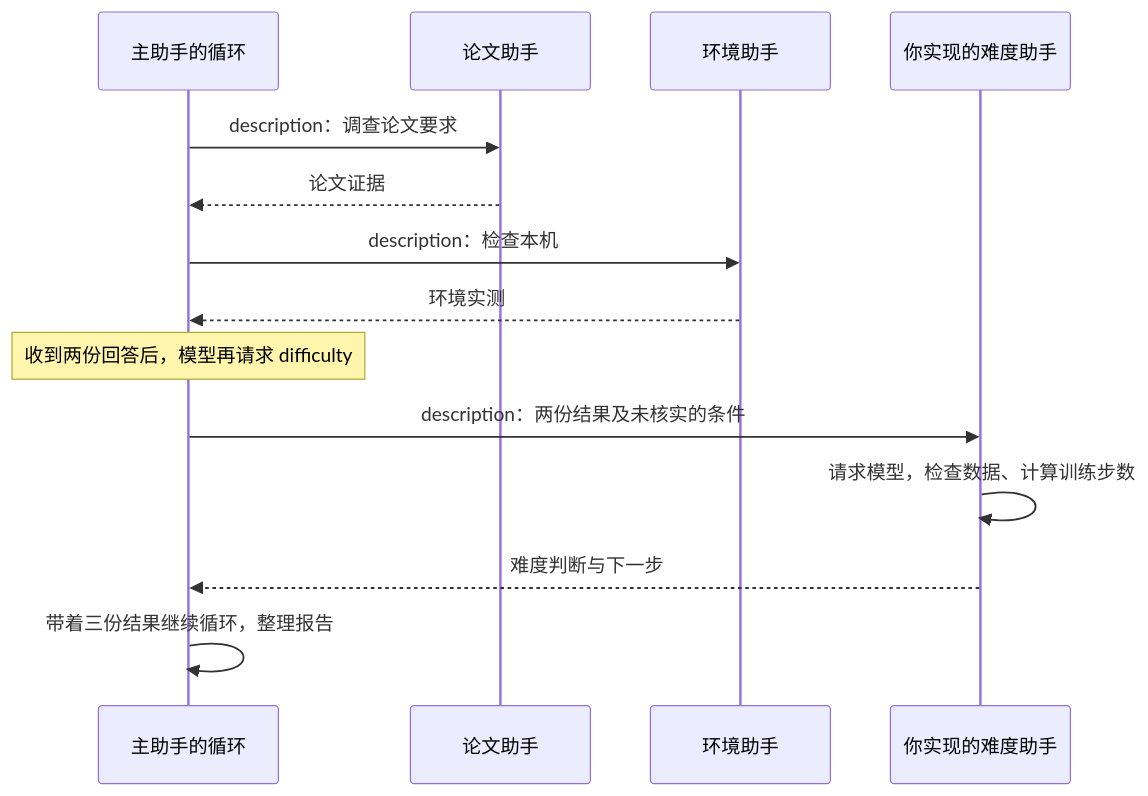
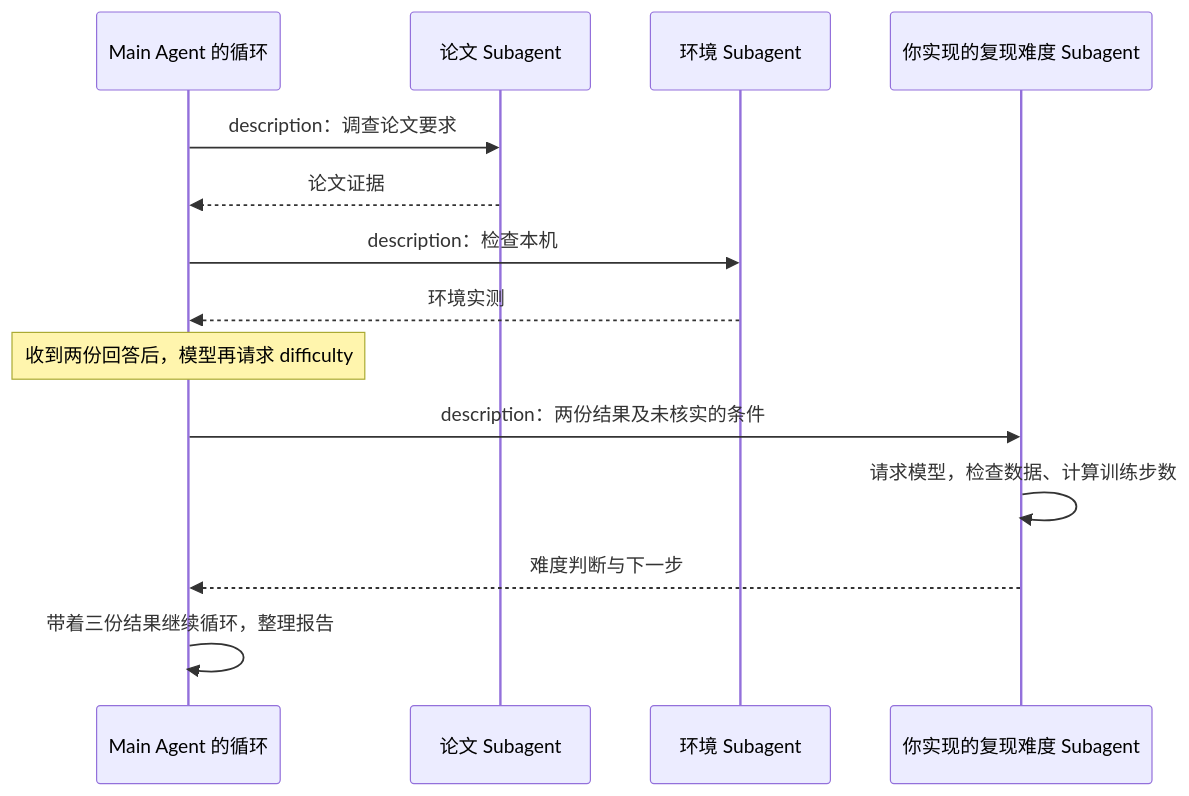
The second of 2 diagrams in docs/tutorial.md (JackYansongLi/learn-harness), drawn with Mermaid before and after one commit. The commit also changed other lines of this file and 11 other files, not shown here.

Commit message:
Use Agent and Subagent consistently across course and runtime

````diff
--- a/docs/tutorial.md
+++ b/docs/tutorial.md
@@ -206,16 +206,16 @@
 ```mermaid
 sequenceDiagram
-    participant M as 主助手的循环
-    participant P as 论文助手
-    participant E as 环境助手
-    participant D as 你实现的难度助手
+    participant M as Main Agent 的循环
+    participant P as 论文 Subagent
+    participant E as 环境 Subagent
+    participant D as 你实现的复现难度 Subagent
     M->>P: description：调查论文要求
     P-->>M: 论文证据
     M->>E: description：检查本机
     E-->>M: 环境实测
     Note over M: 收到两份回答后，模型再请求 difficulty
     M->>D: description：两份结果及未核实的条件
     D->>D: 请求模型，检查数据、计算训练步数
     D-->>M: 难度判断与下一步
     M->>M: 带着三份结果继续循环，整理报告
 ```
````
